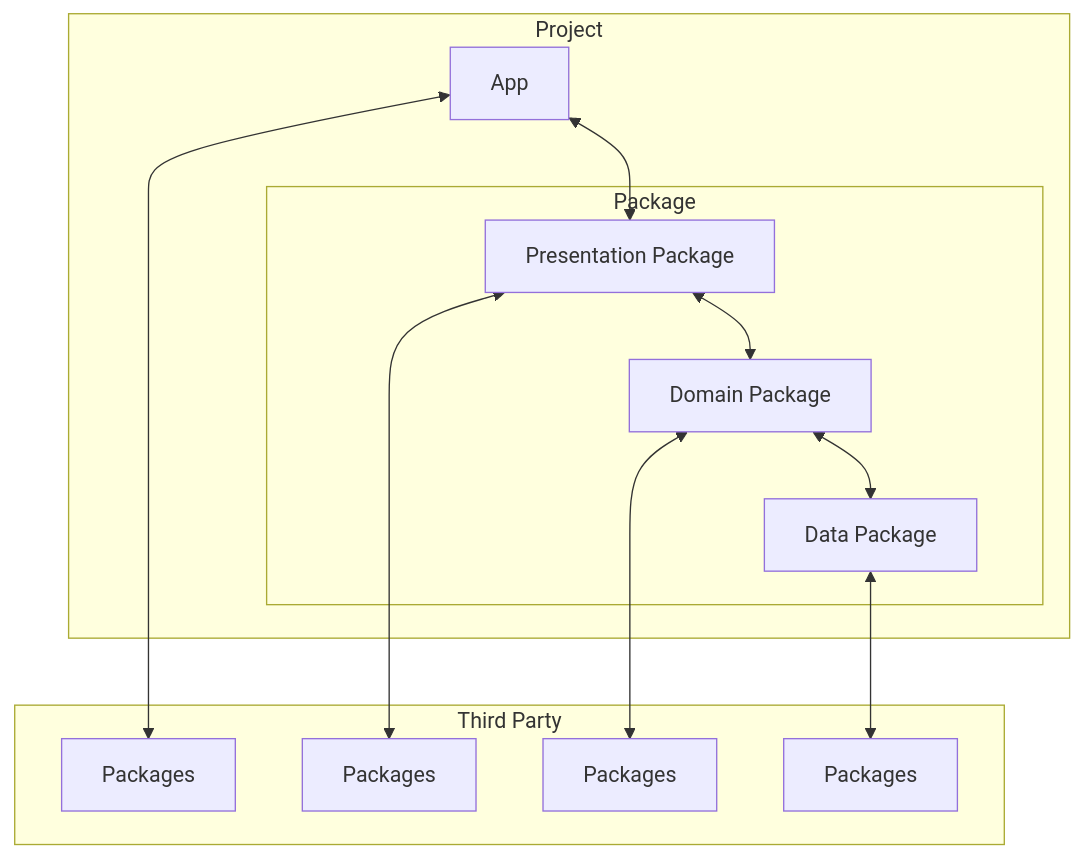
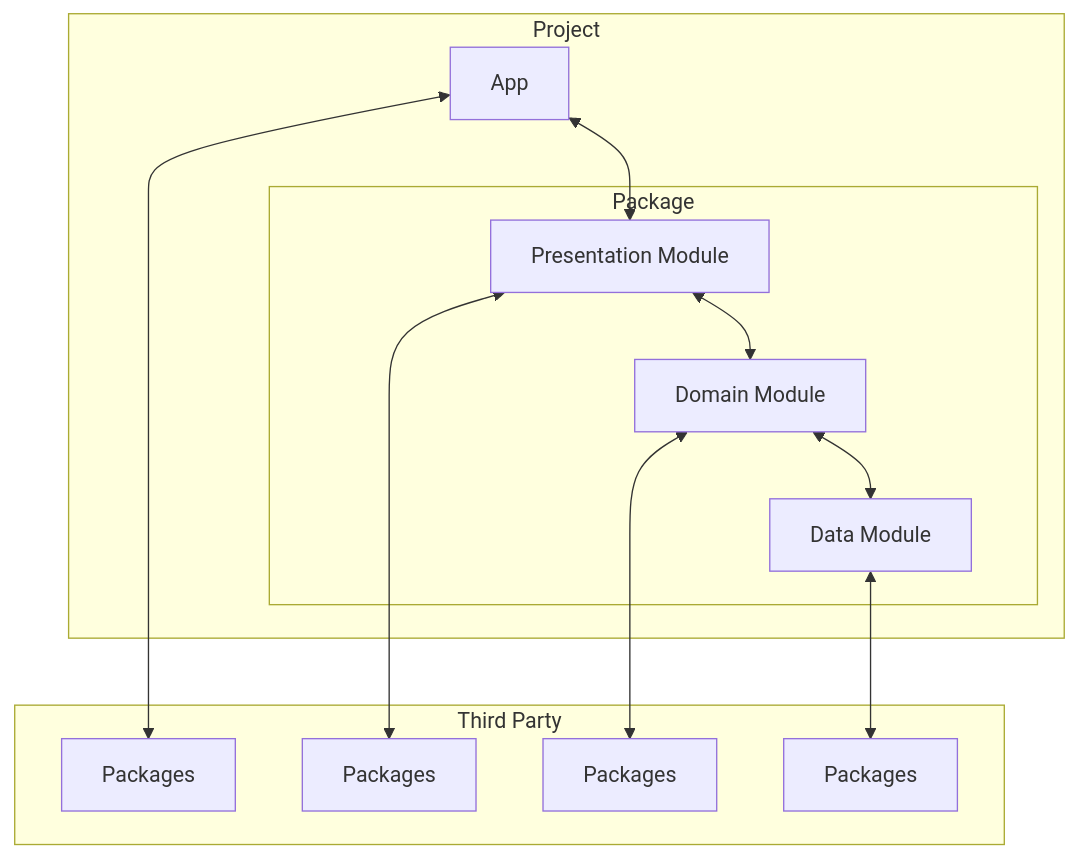
One commit to AkkeyLab/c-search-ios changed the diagram in README.md. Above: the diagram before and after it, drawn with Mermaid.

Commit message:
:bug: Fix readme file

````diff
--- a/README.md
+++ b/README.md
@@ -12,16 +12,16 @@
 ```mermaid
 flowchart TB
   subgraph Project
     App<-->A
     subgraph Package
-      A[Presentation Package]<-->B[Domain Package]
-      B<-->C[Data Package]
+      A[Presentation Module]<-->B[Domain Module]
+      B<-->C[Data Module]
     end
   end
   subgraph Third Party
     App<-->D[Packages]
     A<-->E[Packages]
     B<-->F[Packages]
     C<-->G[Packages]
   end
 ```
````
